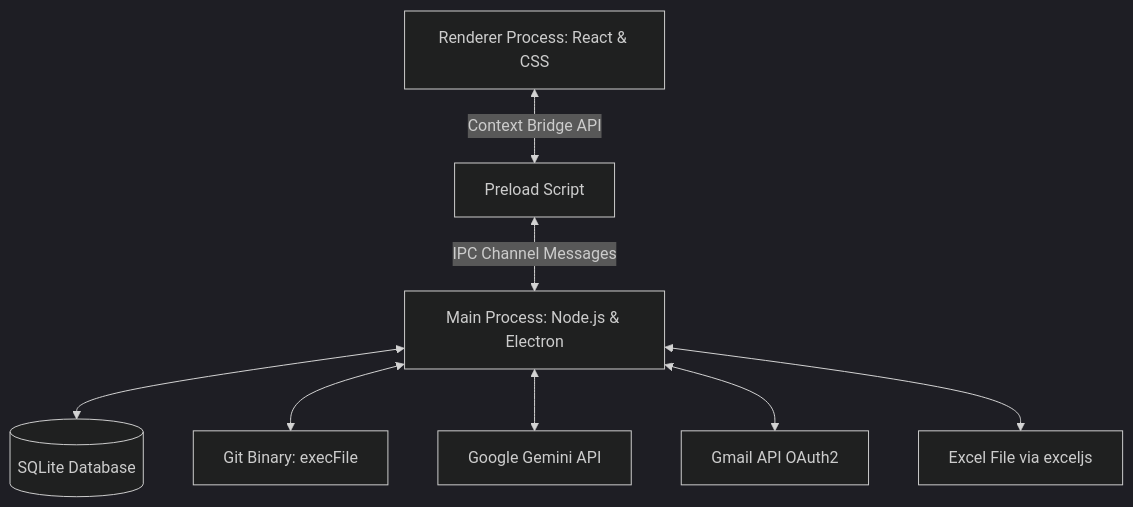
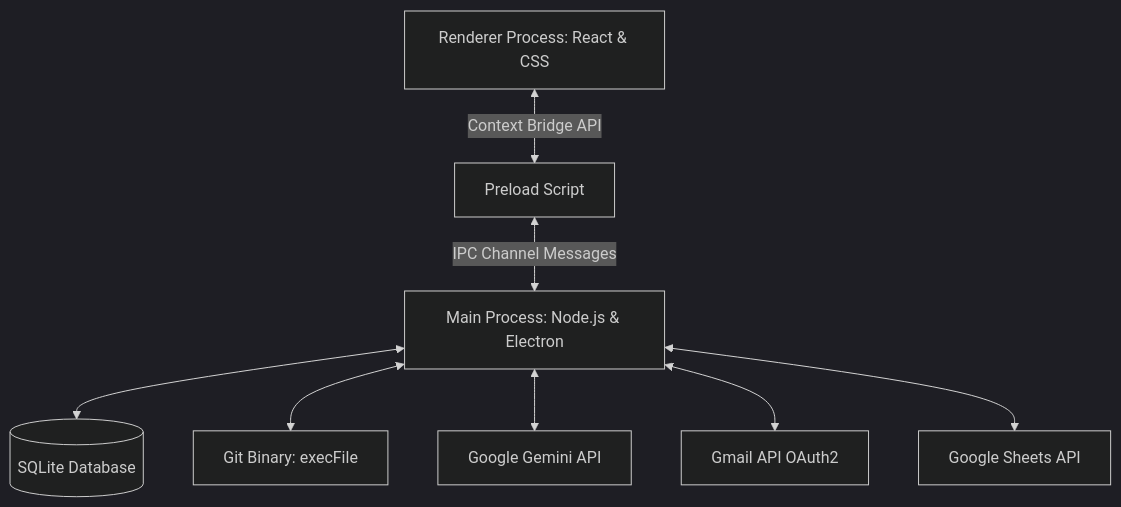
One commit to abhi-jithb/Thalavedana changed the diagram in docs/ARCHITECTURE.md. Above: the diagram before and after it, drawn with Mermaid (dark theme). The commit also changed 14 other files, not shown here.

Commit message:
refactor: replace exceljs integration with native Google Sheets API integration

````diff
--- a/docs/ARCHITECTURE.md
+++ b/docs/ARCHITECTURE.md
@@ -9,10 +9,10 @@
 ```mermaid
 graph TD
     Renderer[Renderer Process: React & CSS] <--> |Context Bridge API| Preload[Preload Script]
     Preload <--> |IPC Channel Messages| Main[Main Process: Node.js & Electron]
     Main <--> SQLite[(SQLite Database)]
     Main <--> Git[Git Binary: execFile]
     Main <--> Gemini[Google Gemini API]
     Main <--> Gmail[Gmail API OAuth2]
-    Main <--> Excel[Excel File via exceljs]
+    Main <--> Sheets[Google Sheets API]
 ```
````
